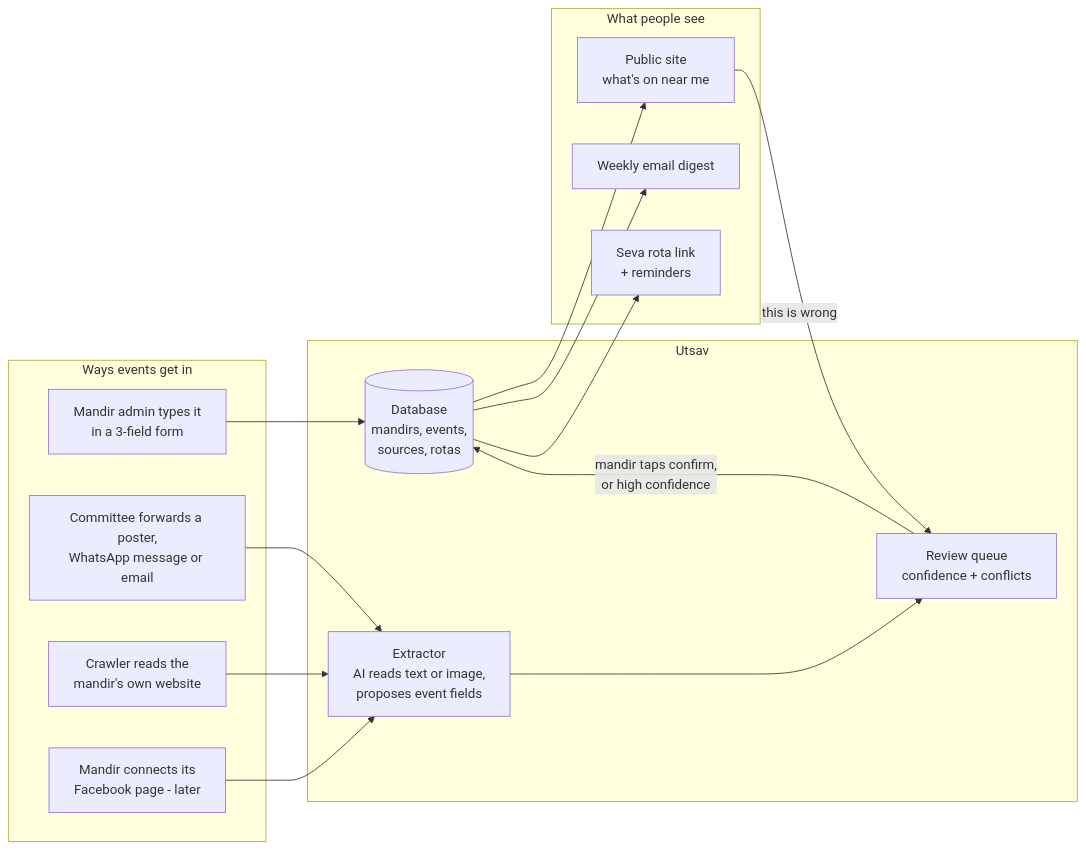
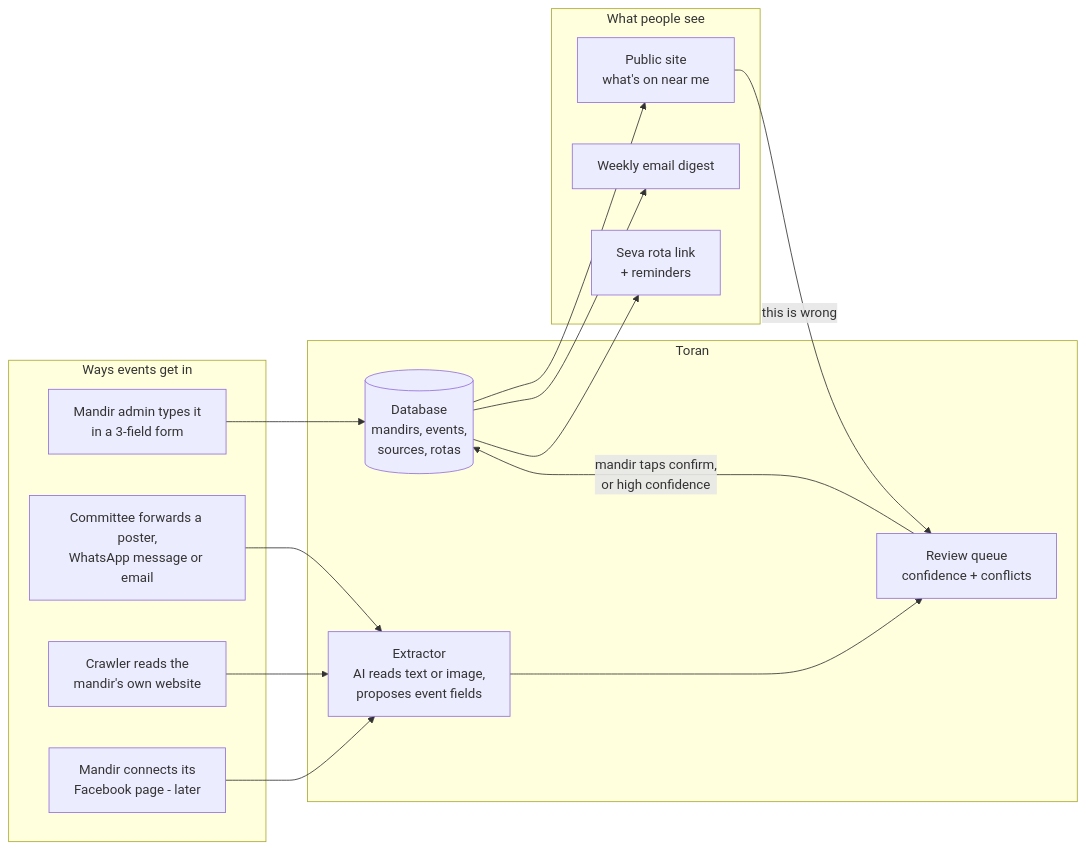
The first of 2 diagrams in docs/architecture.md (Toran-com/Toran-Main-Code), drawn with Mermaid before and after one commit. The commit also changed other lines of this file and 35 other files, not shown here.

````diff
--- a/docs/architecture.md
+++ b/docs/architecture.md
@@ -14,32 +14,32 @@
 ```mermaid
 flowchart LR
     subgraph INPUT[Ways events get in]
         A1[Mandir admin types it<br/>in a 3-field form]
         A2[Committee forwards a poster,<br/>WhatsApp message or email]
         A3[Crawler reads the<br/>mandir's own website]
         A4[Mandir connects its<br/>Facebook page - later]
     end
 
-    subgraph CORE[Utsav]
+    subgraph CORE[Toran]
         X[Extractor<br/>AI reads text or image,<br/>proposes event fields]
         Q[Review queue<br/>confidence + conflicts]
         DB[(Database<br/>mandirs, events,<br/>sources, rotas)]
     end
 
     subgraph OUTPUT[What people see]
         P[Public site<br/>what's on near me]
         D[Weekly email digest]
         R[Seva rota link<br/>+ reminders]
     end
 
     A1 --> DB
     A2 --> X
     A3 --> X
     A4 --> X
     X --> Q
     Q -->|mandir taps confirm,<br/>or high confidence| DB
     DB --> P
     DB --> D
     DB --> R
     P -->|this is wrong| Q
 ```
````
